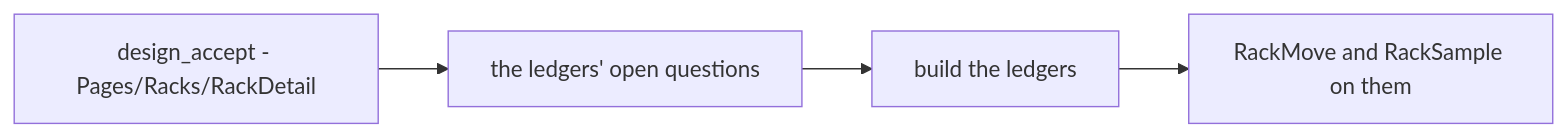
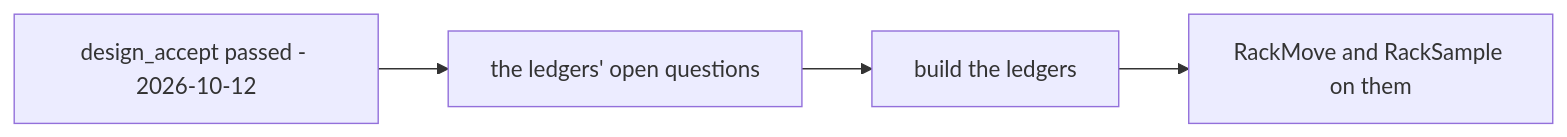
Before and after one commit to pdcgo/warehouse_revamp: the diagram in docs/development_state/inventory/placement.md, drawn with Mermaid. The commit also changed other lines of this file and 4 other files, not shown here.

````diff
--- a/docs/development_state/inventory/placement.md
+++ b/docs/development_state/inventory/placement.md
@@ -15,6 +15,6 @@
 ```mermaid
 flowchart LR
-  A["design_accept - Pages/Racks/RackDetail"] --> Q["the ledgers' open questions"]
+  A["design_accept passed - 2026-10-12"] --> Q["the ledgers' open questions"]
   Q --> L["build the ledgers"]
   L --> M["RackMove and RackSample on them"]
 ```
````
